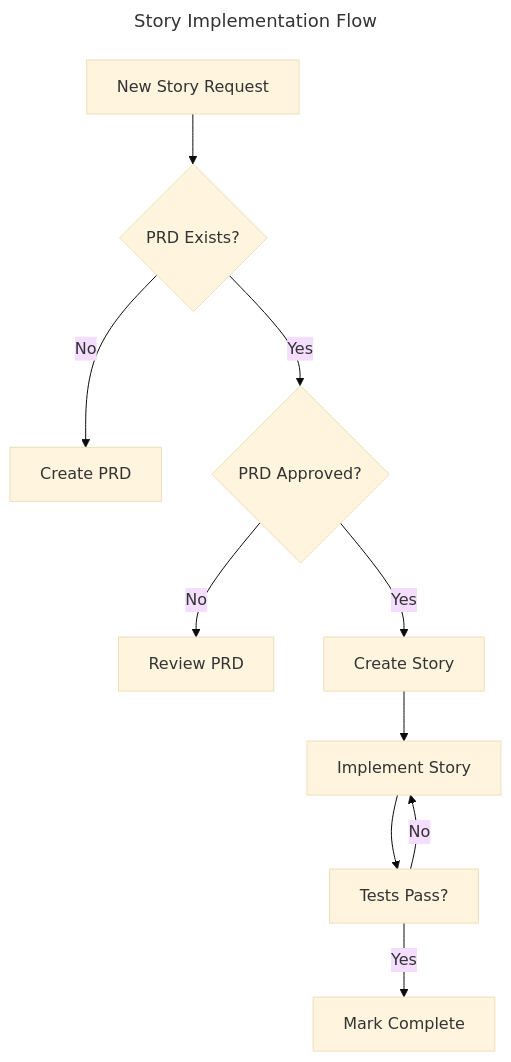
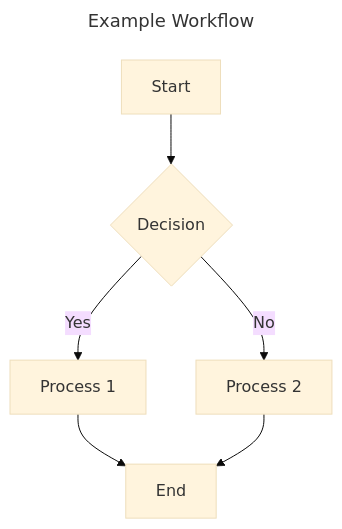
Before and after one commit to sparklepop/cursor-auto-rules-agile-workflow: the first of 2 diagrams in .cursor/rules/400-md-docs.mdc, drawn with Mermaid (base theme). The commit also changed other lines of this file and 6 other files, not shown here.

````diff
--- a/.cursor/rules/400-md-docs.mdc
+++ b/.cursor/rules/400-md-docs.mdc
@@ -185,15 +121,11 @@
 ```mermaid
 ---
-title: Story Implementation Flow
+title: Example Workflow
 ---
-flowchart TD
-    A[New Story Request] --> B{PRD Exists?}
-    B -->|No| C[Create PRD]
-    B -->|Yes| D{PRD Approved?}
-    D -->|No| E[Review PRD]
-    D -->|Yes| F[Create Story]
-    F --> G[Implement Story]
-    G --> H[Tests Pass?]
-    H -->|No| G
-    H -->|Yes| I[Mark Complete]
+graph TD
+    A[Start] --> B{Decision}
+    B -->|Yes| C[Process 1]
+    B -->|No| D[Process 2]
+    C --> E[End]
+    D --> E
 ```
````
